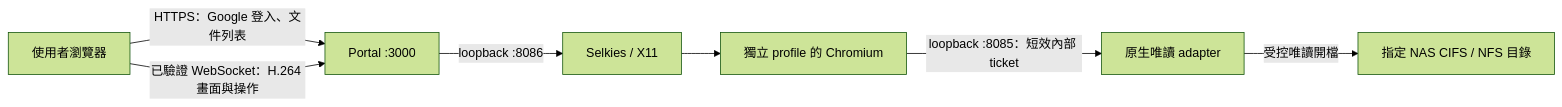
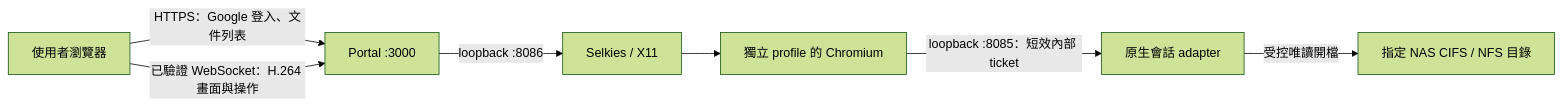
One commit to MacacaGames/OpenPencil-Viewer changed the diagram in docs/UNRAID_SELKIES.zh-TW.md. Above: the diagram before and after it, drawn with Mermaid (forest theme). The commit also changed other lines of this file and 30 other files, not shown here.

````diff
--- a/docs/UNRAID_SELKIES.zh-TW.md
+++ b/docs/UNRAID_SELKIES.zh-TW.md
@@ -43,9 +45,9 @@
 ```mermaid
 flowchart LR
   B[使用者瀏覽器] -->|HTTPS：Google 登入、文件列表| P[Portal :3000]
   B -->|已驗證 WebSocket：H.264 畫面與操作| P
   P -->|loopback :8086| S[Selkies / X11]
   S --> C[獨立 profile 的 Chromium]
-  C -->|loopback :8085：短效內部 ticket| A[原生唯讀 adapter]
+  C -->|loopback :8085：短效內部 ticket| A[原生會話 adapter]
   A -->|受控唯讀開檔| N[指定 NAS CIFS / NFS 目錄]
 ```
````
